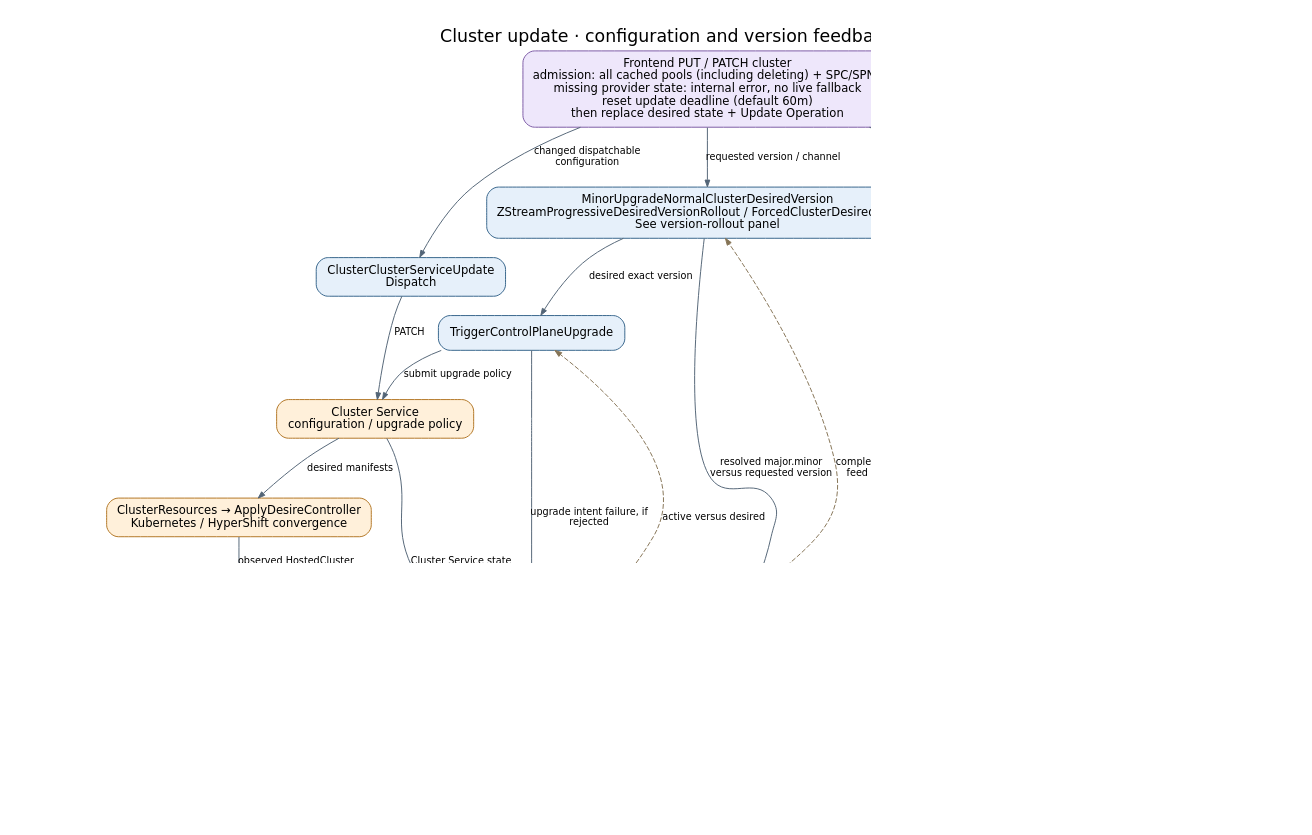
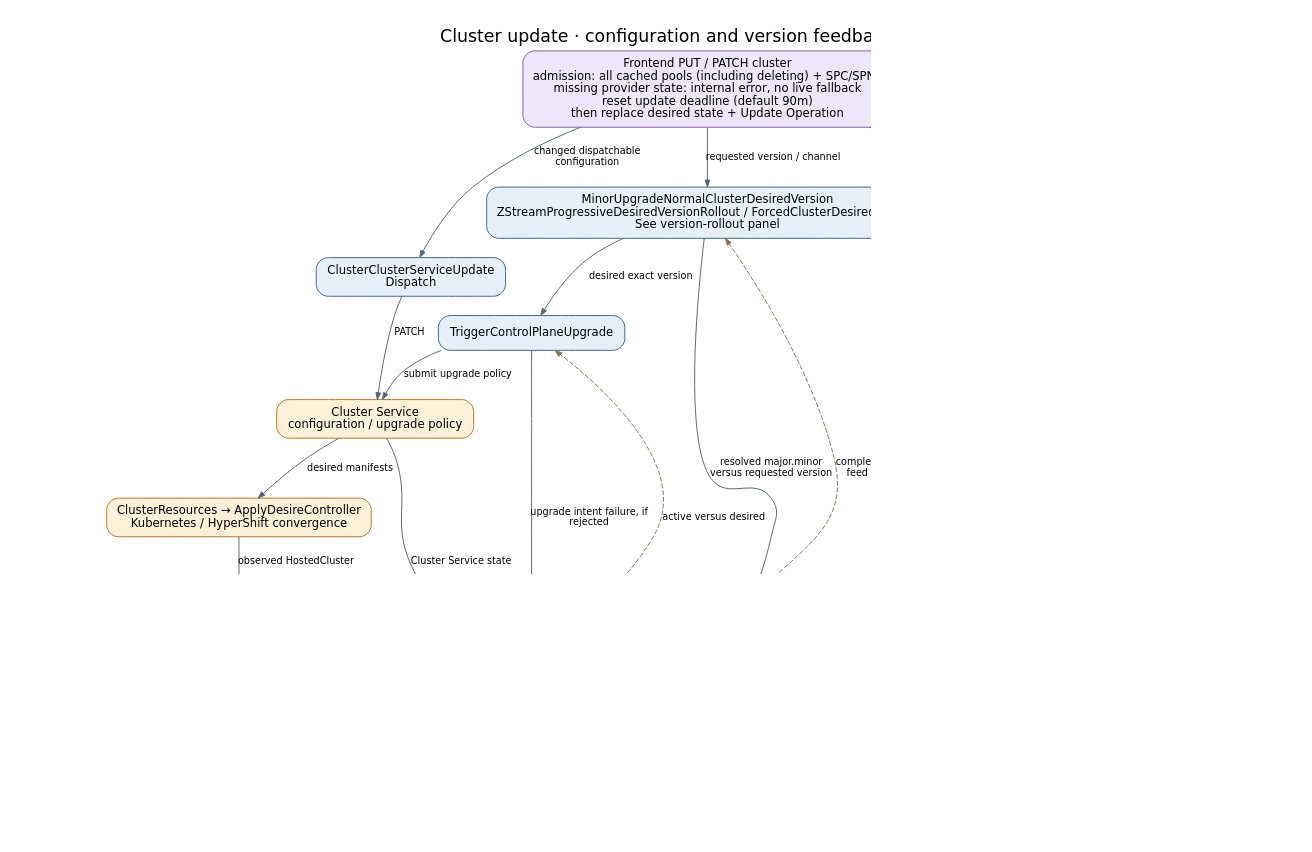
One commit to Azure/ARO-HCP changed the diagram in docs/diagrams/controller-flows/cluster-update.dot. Above: the diagram before and after it, drawn with Graphviz. The commit also changed 58 other files, not shown here.

```diff
--- a/docs/diagrams/controller-flows/cluster-update.dot
+++ b/docs/diagrams/controller-flows/cluster-update.dot
@@ -1,36 +1,36 @@
 digraph cluster_update {
   graph [rankdir=TB, bgcolor="white", pad="0.3", nodesep="0.4", ranksep="0.55", fontname="DejaVu Sans", fontsize=18, labelloc=t, label="Cluster update · configuration and version feedback", dpi=110];
   node [shape=box, style="rounded,filled", fillcolor="#e6f0fa", color="#35648a", fontname="DejaVu Sans", fontsize=12, margin="0.16,0.10"];
   edge [color="#536577", fontname="DejaVu Sans", fontsize=10, arrowsize=0.7];
-  put [label="Frontend PUT / PATCH cluster\nadmission: all cached pools (including deleting) + SPC/SPNP\nmissing provider state: internal error, no live fallback\nreset update deadline (default 60m)\nthen replace desired state + Update Operation", fillcolor="#eee7fb", color="#7b59a4"];
+  put [label="Frontend PUT / PATCH cluster\nadmission: all cached pools (including deleting) + SPC/SPNP\nmissing provider state: internal error, no live fallback\nreset update deadline (default 90m)\nthen replace desired state + Update Operation", fillcolor="#eee7fb", color="#7b59a4"];
   dispatch [label="ClusterClusterServiceUpdate\nDispatch", fillcolor="#e6f0fa", color="#35648a"];
   desired [label="MinorUpgradeNormalClusterDesiredVersion\nZStreamProgressiveDesiredVersionRollout / ForcedClusterDesiredVersion\nSee version-rollout panel", fillcolor="#e6f0fa", color="#35648a"];
   upgrade [label="TriggerControlPlaneUpgrade", fillcolor="#e6f0fa", color="#35648a"];
   cs [label="Cluster Service\nconfiguration / upgrade policy", fillcolor="#fff0da", color="#b27624"];
   kube [label="ClusterResources → ApplyDesireController\nKubernetes / HyperShift convergence", fillcolor="#fff0da", color="#b27624"];
   mirror [label="ReadDesireKubernetesController", fillcolor="#e6f0fa", color="#35648a"];
   active [label="ControlPlaneActiveVersions", fillcolor="#e6f0fa", color="#35648a"];
   validation [label="Cluster validation controllers\nServiceProviderCluster.Status.Validations", fillcolor="#e6f0fa", color="#35648a"];
-  op [label="OperationClusterUpdate", fillcolor="#e6f0fa", color="#35648a"];
+  op [label="OperationClusterUpdate\nmatching owner: expiry before gates / observations\nBelow: normal checks only when not expired", fillcolor="#e6f0fa", color="#35648a"];
   done [label="ARM terminal operation state\nSucceeded or Failed", fillcolor="#e4f2e5", color="#4c8053"];
   put -> dispatch [label="changed dispatchable\nconfiguration"];
   put -> desired [label="requested version / channel"];
   desired -> upgrade [label="desired exact version"];
   desired -> op [label="resolved major.minor\nversus requested version"];
   dispatch -> cs [label="PATCH"];
   upgrade -> cs [label="submit upgrade policy"];
   cs -> kube [label="desired manifests"];
   kube -> mirror [label="observed HostedCluster"];
   mirror -> active [label="version history"];
   put -> op [label="UpdateOperationCompletionDeadline"];
   cs -> op [label="Cluster Service state"];
   mirror -> op [label="observed readiness / version"];
   upgrade -> op [label="upgrade intent failure, if\nrejected"];
   validation -> op [label="False: Provisioning + InvalidResource;\nfailure and operation each >= 5m: Failed;\nall True: ready"];
-  op -> done [label="completion / failure checks;\npending past deadline: selected code + reasons;\nonly InternalServerError becomes DeadlineExceeded"];
+  op -> done [label="expired: Failed / DeadlineExceeded\n(cached validation message only);\notherwise normal completion / failure checks"];
   observed [label="Customer resource Status.ActiveVersions\nmajor.minor versions", fillcolor="#e4f2e5", color="#4c8053"];
   active -> observed [label="separate Cosmos replace"];
   active -> upgrade [label="active versus desired", style=dashed, color="#857456", constraint=false];
   active -> desired [label="completed history + ages\nfeed rollout decisions", style=dashed, color="#857456", constraint=false];
   op -> op [label="still progressing: poll again", style=dashed, color="#857456", constraint=false];
 }
```
